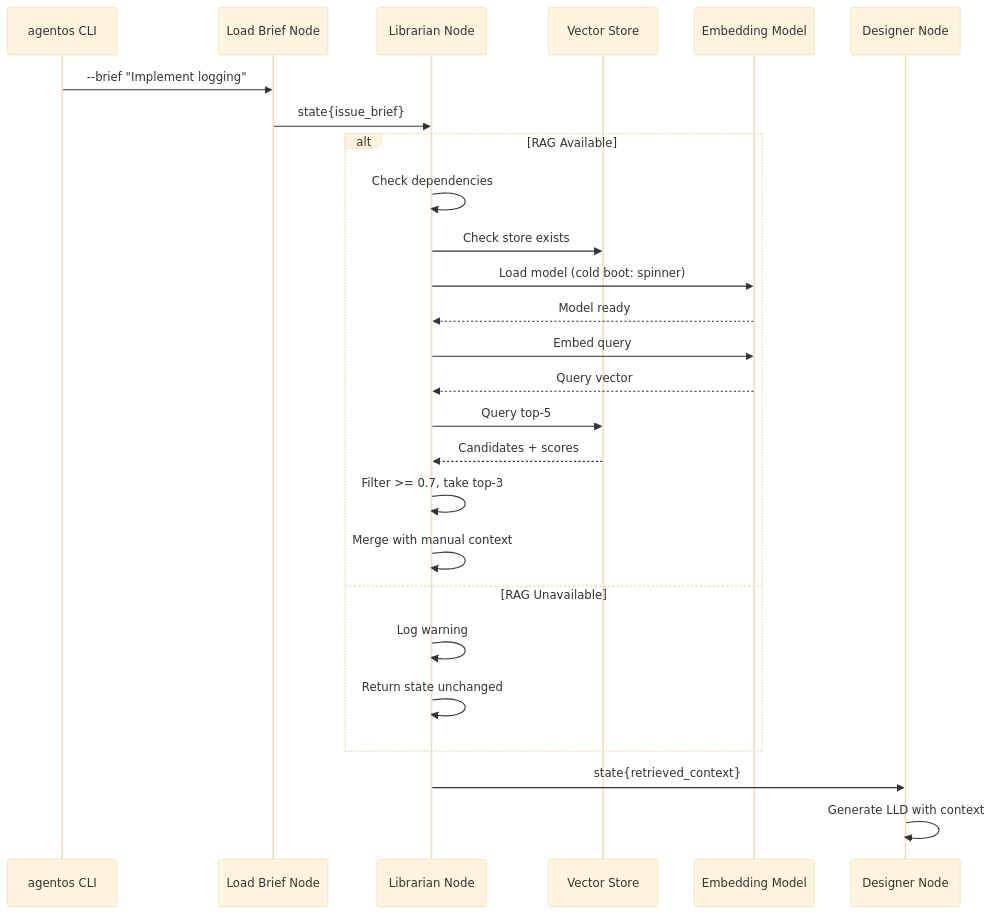
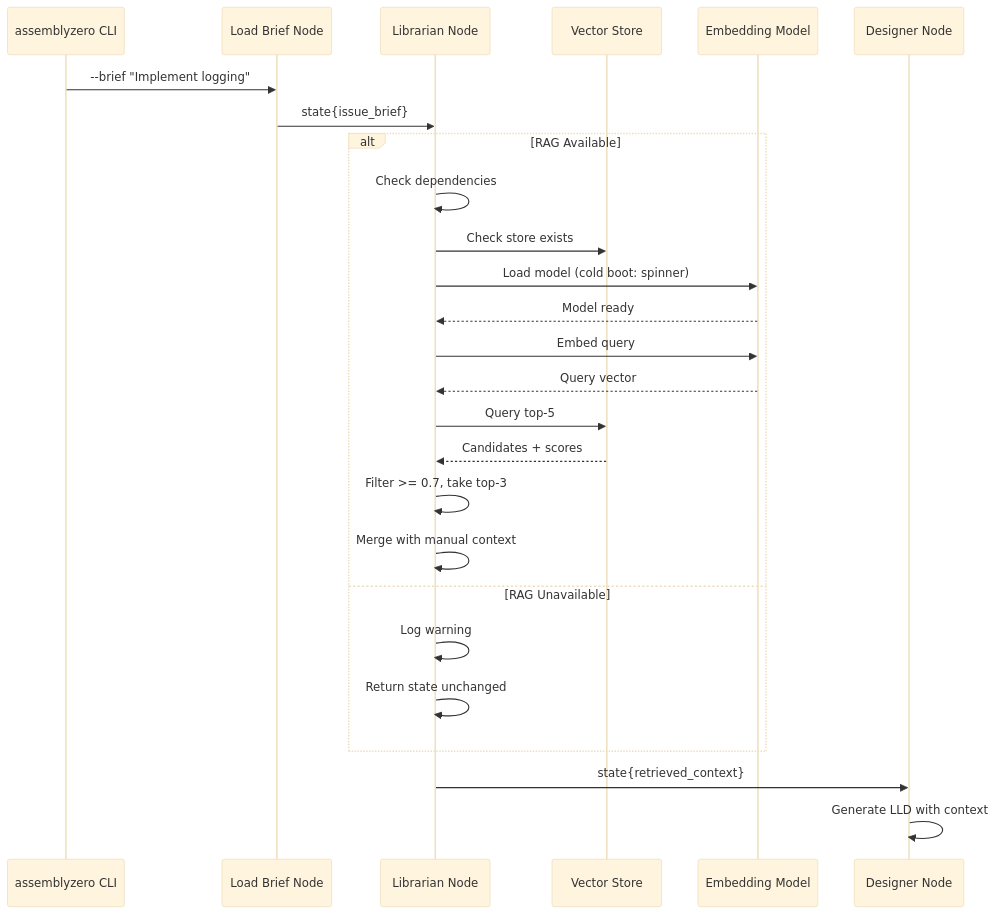
Before and after one commit to martymcenroe/AssemblyZero: the first of 2 diagrams in docs/lld/active/LLD-088.md, drawn with Mermaid (base theme). The commit also changed other lines of this file and 494 other files, not shown here.

````diff
--- a/docs/lld/active/LLD-088.md
+++ b/docs/lld/active/LLD-088.md
@@ -417,31 +417,31 @@
 ```mermaid
 sequenceDiagram
-    participant CLI as agentos CLI
+    participant CLI as assemblyzero CLI
     participant LB as Load Brief Node
     participant LIB as Librarian Node
     participant VS as Vector Store
     participant EM as Embedding Model
     participant DES as Designer Node
 
     CLI->>LB: --brief "Implement logging"
     LB->>LIB: state{issue_brief}
     
     alt RAG Available
         LIB->>LIB: Check dependencies
         LIB->>VS: Check store exists
         LIB->>EM: Load model (cold boot: spinner)
         EM-->>LIB: Model ready
         LIB->>EM: Embed query
         EM-->>LIB: Query vector
         LIB->>VS: Query top-5
         VS-->>LIB: Candidates + scores
         LIB->>LIB: Filter >= 0.7, take top-3
         LIB->>LIB: Merge with manual context
     else RAG Unavailable
         LIB->>LIB: Log warning
         LIB->>LIB: Return state unchanged
     end
     
     LIB->>DES: state{retrieved_context}
     DES->>DES: Generate LLD with context
 ```
````
